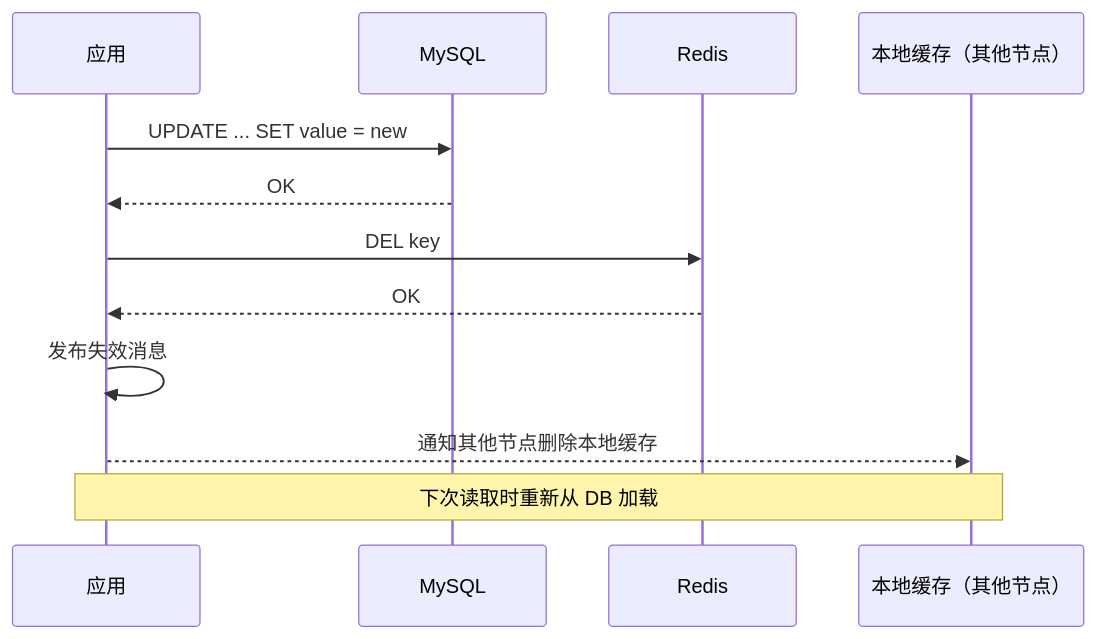
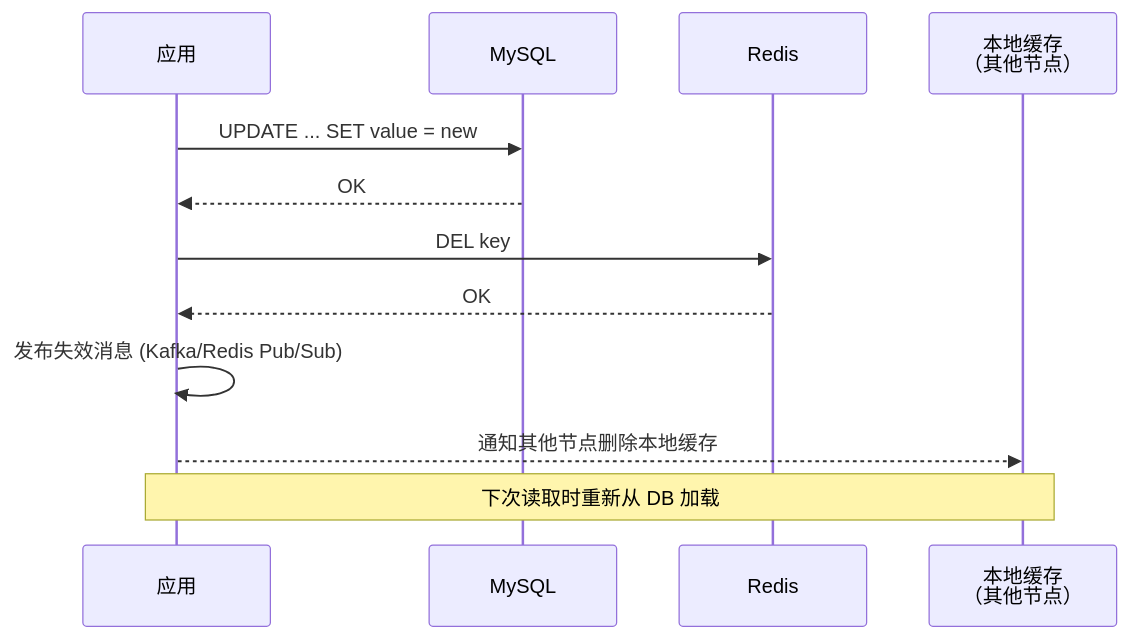
The sixth of 18 diagrams in docs/10.真经/05.方案设计思想/04.缓存架构设计思想.md (chongyang211/YCBookBlog), drawn with Mermaid before and after one commit. The commit also changed other lines of this file and 36 other files, not shown here.

````diff
--- a/docs/10.真经/05.方案设计思想/04.缓存架构设计思想.md
+++ b/docs/10.真经/05.方案设计思想/04.缓存架构设计思想.md
@@ -355,16 +557,16 @@
 ```mermaid
 sequenceDiagram
     participant App as 应用
     participant DB as MySQL
     participant L3 as Redis
-    participant L2 as 本地缓存（其他节点）
+    participant L2 as 本地缓存<br/>（其他节点）
     
     App->>DB: UPDATE ... SET value = new
     DB-->>App: OK
     App->>L3: DEL key
     L3-->>App: OK
-    App->>App: 发布失效消息
+    App->>App: 发布失效消息 (Kafka/Redis Pub/Sub)
     App-->>L2: 通知其他节点删除本地缓存
     
     Note over App,L2: 下次读取时重新从 DB 加载
 ```
````
